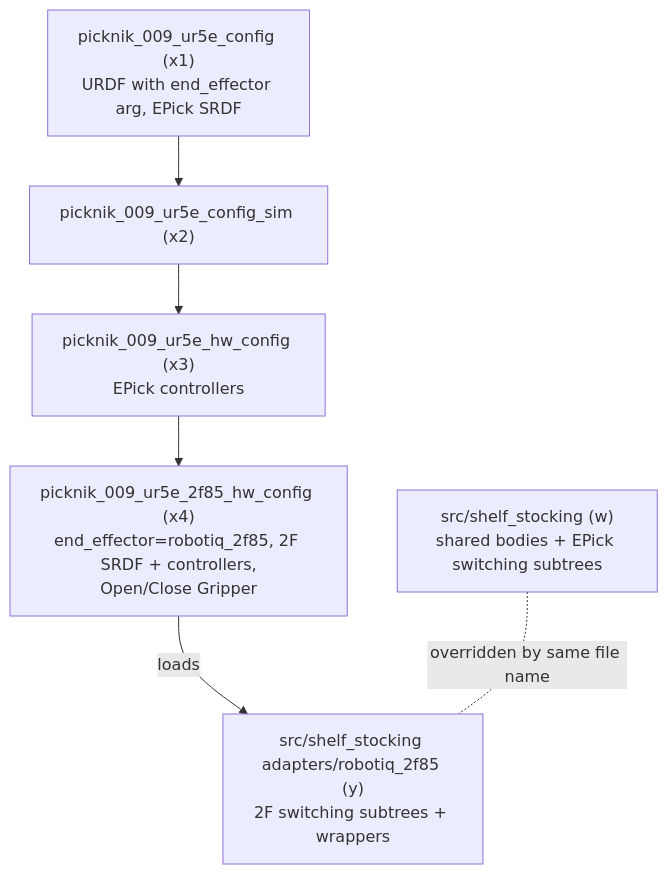
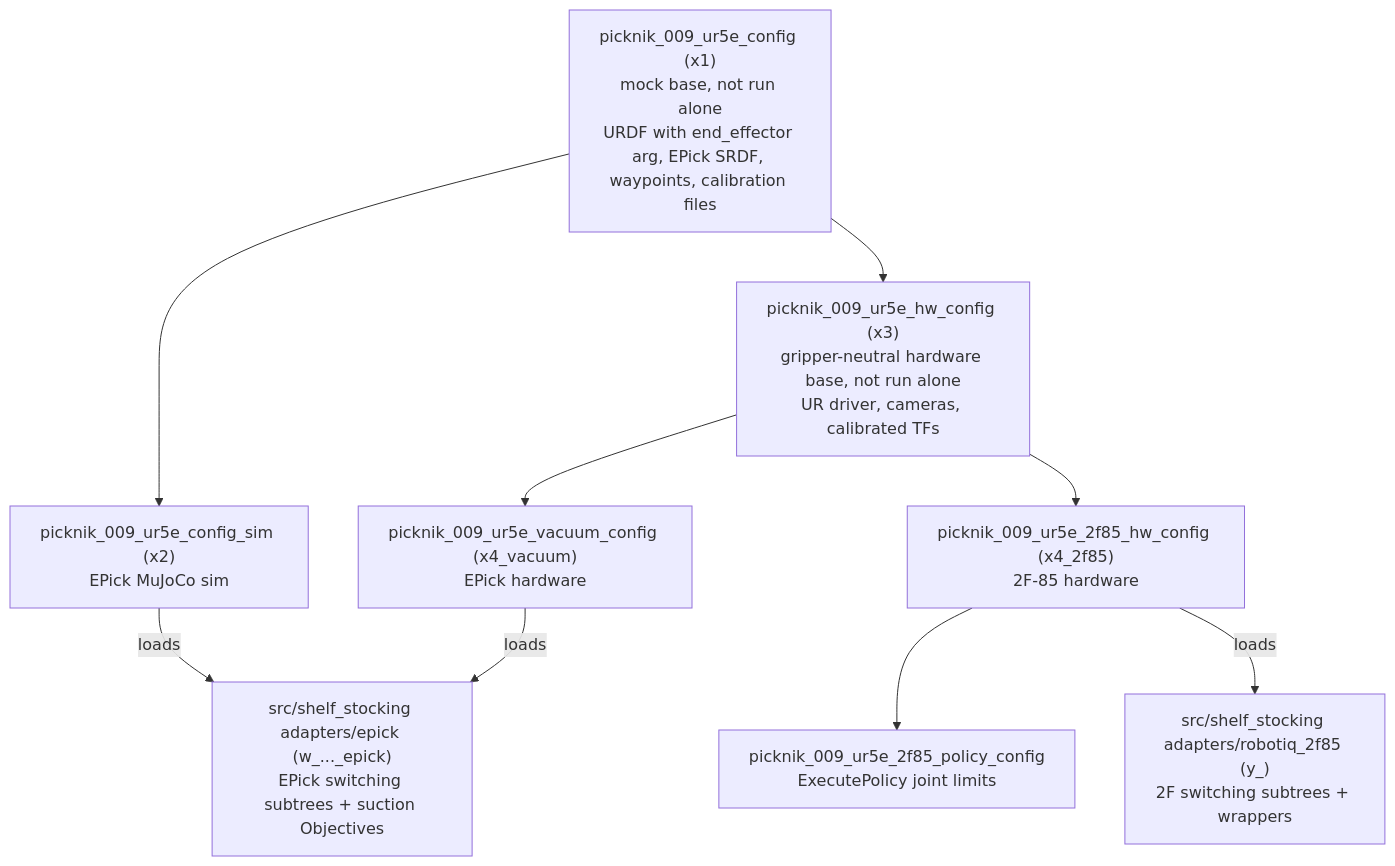
The diagram in design_docs/end_effector_variants.md (PickNikRobotics/moveit_pro_ur_ws), drawn with Mermaid before and after one commit. The commit also changed other lines of this file and 149 other files, not shown here.

````diff
--- a/design_docs/end_effector_variants.md
+++ b/design_docs/end_effector_variants.md
@@ -19,12 +9,18 @@
 ```mermaid
 flowchart TB
-  base["picknik_009_ur5e_config (x1)<br/>URDF with end_effector arg, EPick SRDF"]
-  sim["picknik_009_ur5e_config_sim (x2)"]
-  hw["picknik_009_ur5e_hw_config (x3)<br/>EPick controllers"]
-  f2["picknik_009_ur5e_2f85_hw_config (x4)<br/>end_effector=robotiq_2f85, 2F SRDF + controllers,<br/>Open/Close Gripper"]
-  shared["src/shelf_stocking (w)<br/>shared bodies + EPick switching subtrees"]
-  adapter["src/shelf_stocking adapters/robotiq_2f85 (y)<br/>2F switching subtrees + wrappers"]
-  base --> sim --> hw --> f2
-  f2 -- loads --> adapter
-  shared -. overridden by same file name .- adapter
+  base["picknik_009_ur5e_config (x1)<br/>mock base, not run alone<br/>URDF with end_effector arg, EPick SRDF, waypoints, calibration files"]
+  sim["picknik_009_ur5e_config_sim (x2)<br/>EPick MuJoCo sim"]
+  hw["picknik_009_ur5e_hw_config (x3)<br/>gripper-neutral hardware base, not run alone<br/>UR driver, cameras, calibrated TFs"]
+  vac["picknik_009_ur5e_vacuum_config (x4_vacuum)<br/>EPick hardware"]
+  f2["picknik_009_ur5e_2f85_hw_config (x4_2f85)<br/>2F-85 hardware"]
+  pol["picknik_009_ur5e_2f85_policy_config<br/>ExecutePolicy joint limits"]
+  epick["src/shelf_stocking adapters/epick (w_..._epick)<br/>EPick switching subtrees + suction Objectives"]
+  f2a["src/shelf_stocking adapters/robotiq_2f85 (y_)<br/>2F switching subtrees + wrappers"]
+  base --> sim
+  base --> hw
+  hw --> vac
+  hw --> f2 --> pol
+  sim -- loads --> epick
+  vac -- loads --> epick
+  f2 -- loads --> f2a
 ```
````
